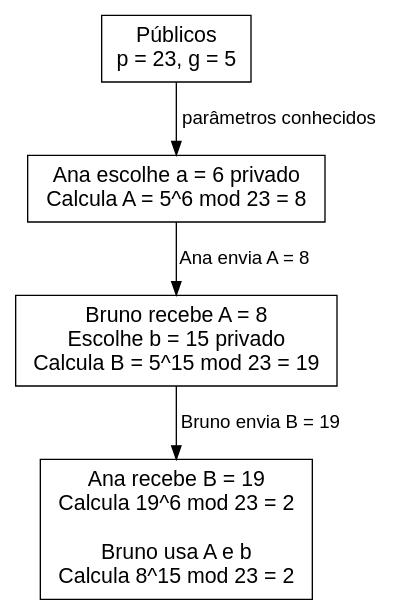
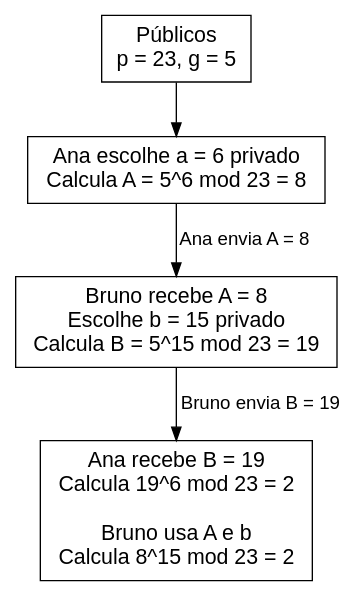
One commit to rodrgds/resumos changed the diagram in src/content/fsi/diffie-hellman.dot. Above: the diagram before and after it, drawn with Graphviz.

Commit message:
Keep DH parameters readable in narrow diagrams

```diff
--- a/src/content/fsi/diffie-hellman.dot
+++ b/src/content/fsi/diffie-hellman.dot
@@ -1,13 +1,13 @@
 digraph DH {
   rankdir=TB;
   graph [fontname="sans-serif", ranksep=0.55];
   node [shape=box, fontname="sans-serif", fontsize=16, margin="0.14,0.10"];
   edge [fontname="sans-serif", fontsize=14];
   params [label="Públicos\np = 23, g = 5"];
   ana [label="Ana escolhe a = 6 privado\nCalcula A = 5^6 mod 23 = 8"];
   bruno [label="Bruno recebe A = 8\nEscolhe b = 15 privado\nCalcula B = 5^15 mod 23 = 19"];
   segredos [label="Ana recebe B = 19\nCalcula 19^6 mod 23 = 2\n\nBruno usa A e b\nCalcula 8^15 mod 23 = 2"];
-  params -> ana [label="parâmetros conhecidos"];
+  params -> ana;
   ana -> bruno [label="Ana envia A = 8"];
   bruno -> segredos [label="Bruno envia B = 19"];
 }
```
